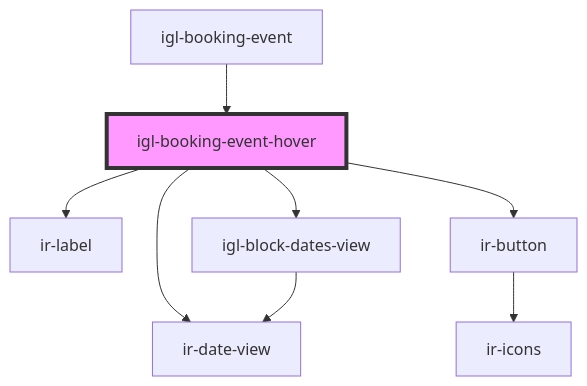
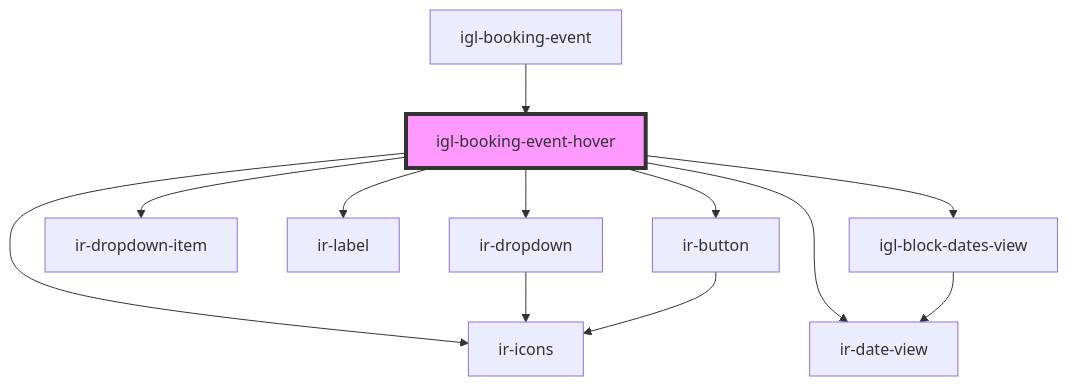
Before and after one commit to RonyRizk/ir-webcmp: the diagram in src/components/igloo-calendar/igl-booking-event-hover/readme.md, drawn with Mermaid. The commit also changed other lines of this file and 38 other files, not shown here.

````diff
--- a/src/components/igloo-calendar/igl-booking-event-hover/readme.md
+++ b/src/components/igloo-calendar/igl-booking-event-hover/readme.md
@@ -44,11 +47,15 @@
 ```mermaid
 graph TD;
+  igl-booking-event-hover --> ir-dropdown
+  igl-booking-event-hover --> ir-icons
+  igl-booking-event-hover --> ir-dropdown-item
   igl-booking-event-hover --> ir-date-view
   igl-booking-event-hover --> ir-label
   igl-booking-event-hover --> ir-button
   igl-booking-event-hover --> igl-block-dates-view
+  ir-dropdown --> ir-icons
   ir-button --> ir-icons
   igl-block-dates-view --> ir-date-view
   igl-booking-event --> igl-booking-event-hover
   style igl-booking-event-hover fill:#f9f,stroke:#333,stroke-width:4px
 ```
````
